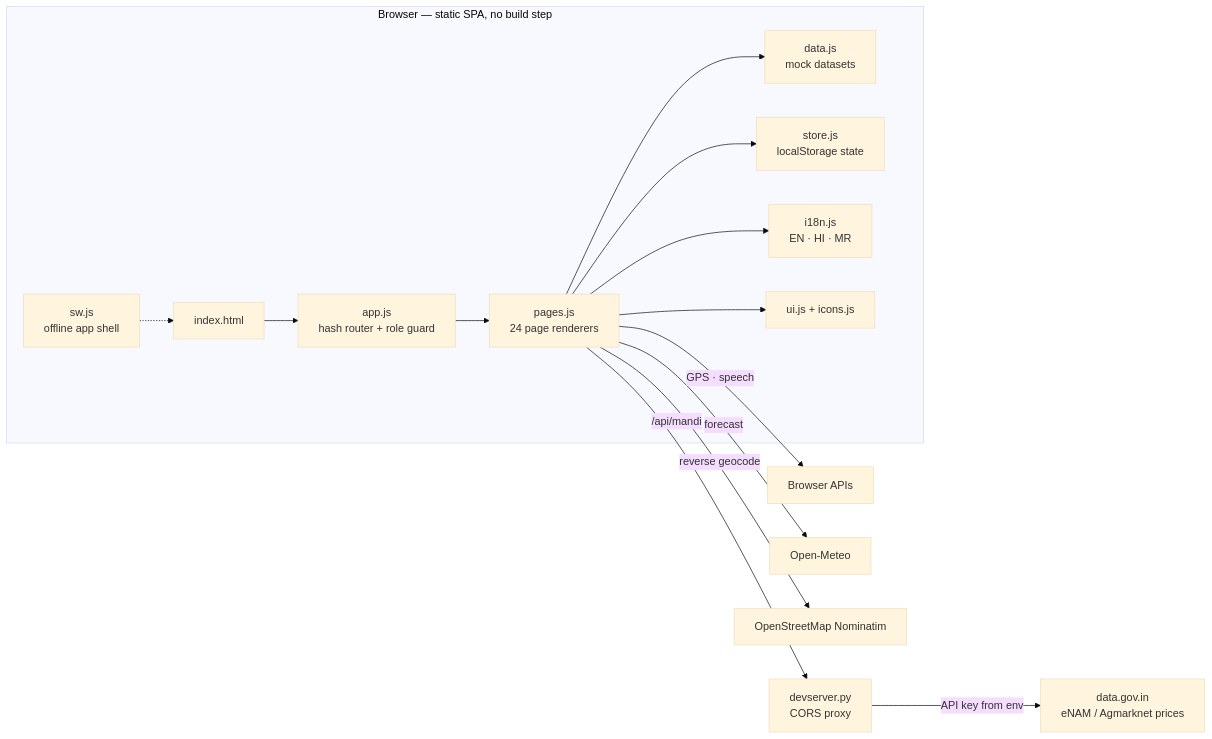
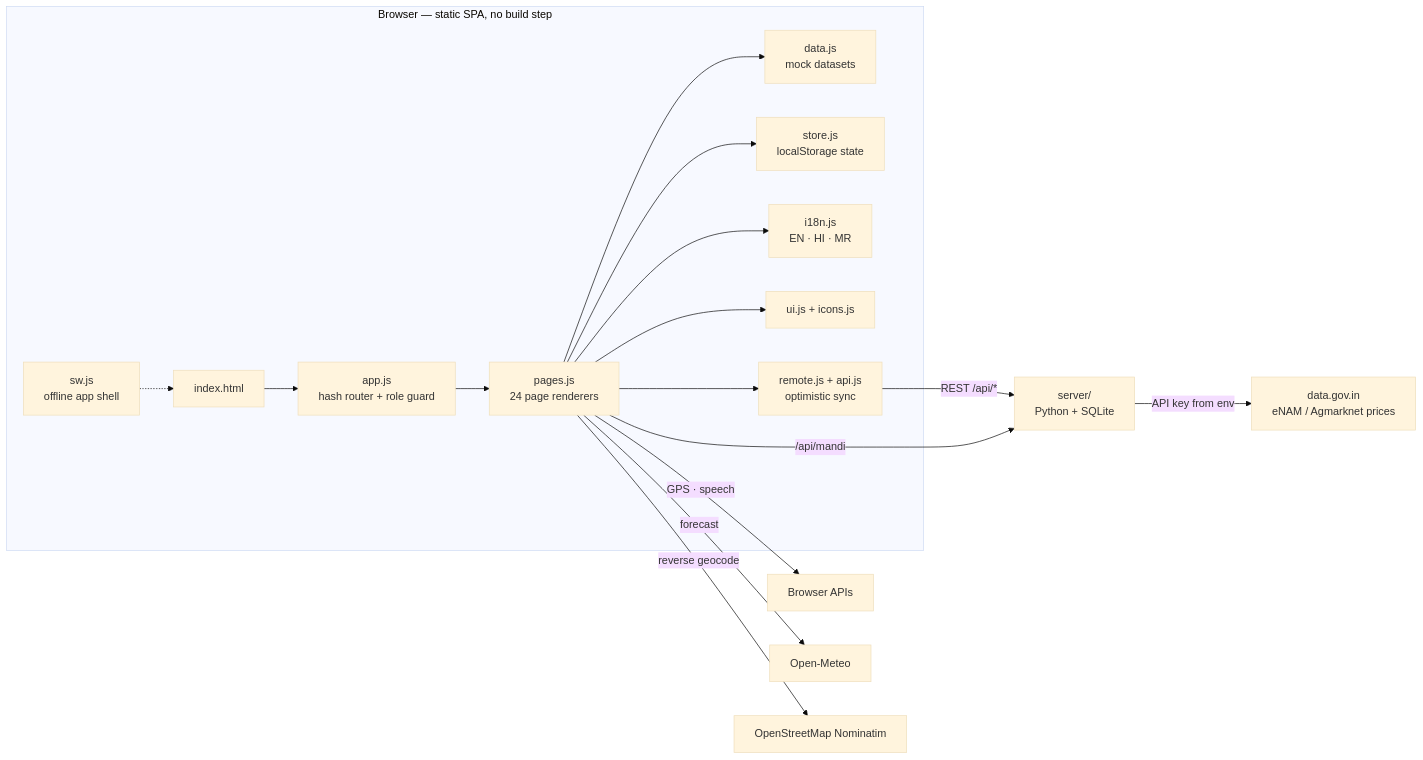
The second of 2 diagrams in README.md (vinay-alla/KISAN-MITRA), drawn with Mermaid (base theme) before and after one commit. The commit also changed other lines of this file and 15 other files, not shown here.

First line of the commit message:
Wire the front end to the backend: optimistic sync layer, server-side sign-in, notifications, live pools/trips, offline fallback

````diff
--- a/README.md
+++ b/README.md
@@ -207,17 +215,19 @@
 ```mermaid
 flowchart LR
   subgraph Browser["Browser — static SPA, no build step"]
     IDX["index.html"] --> APP["app.js<br/>hash router + role guard"]
     APP --> PG["pages.js<br/>24 page renderers"]
     PG --> DATA["data.js<br/>mock datasets"]
     PG --> STORE["store.js<br/>localStorage state"]
     PG --> I18N["i18n.js<br/>EN · HI · MR"]
     PG --> UI["ui.js + icons.js"]
+    PG --> REM["remote.js + api.js<br/>optimistic sync"]
     SW["sw.js<br/>offline app shell"] -.-> IDX
   end
   PG -->|"GPS · speech"| BAPI["Browser APIs"]
   PG -->|"forecast"| OM["Open-Meteo"]
   PG -->|"reverse geocode"| OSM["OpenStreetMap Nominatim"]
-  PG -->|"/api/mandi"| PX["devserver.py<br/>CORS proxy"]
-  PX -->|"API key from env"| GOV["data.gov.in<br/>eNAM / Agmarknet prices"]
+  REM -->|"REST /api/*"| SRV["server/<br/>Python + SQLite"]
+  PG -->|"/api/mandi"| SRV
+  SRV -->|"API key from env"| GOV["data.gov.in<br/>eNAM / Agmarknet prices"]
 ```
````
